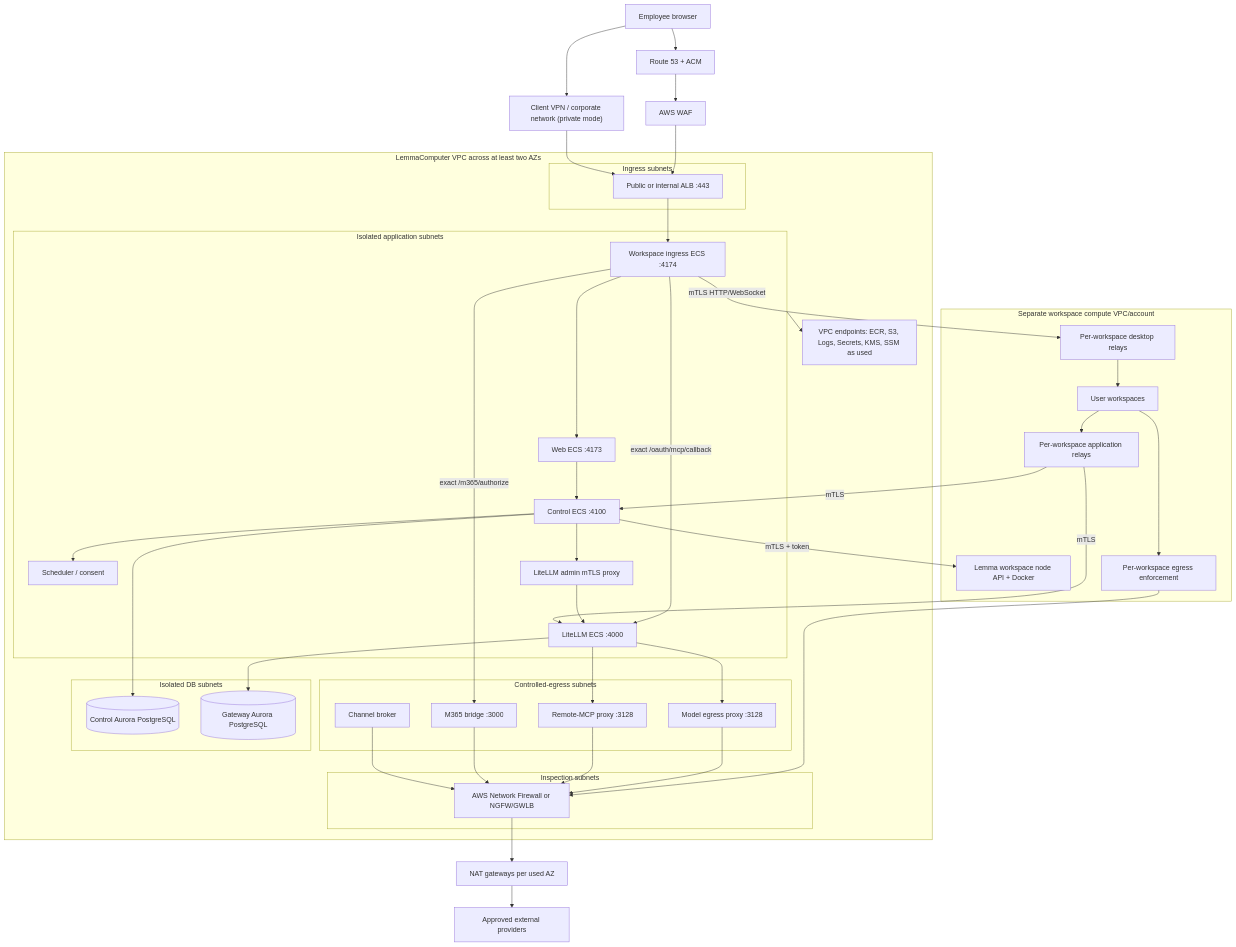
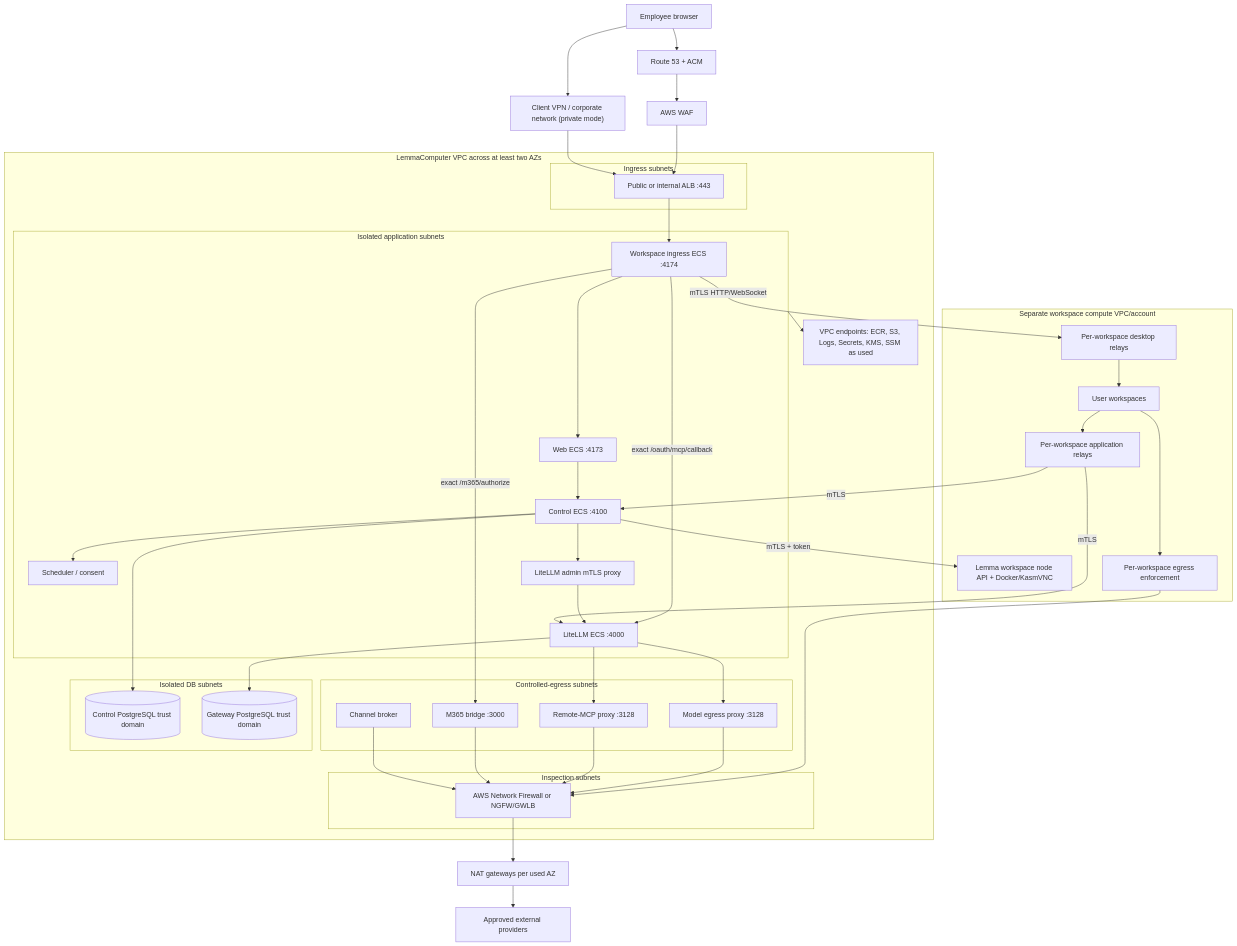
One commit to ONE-Computer/LemmaComputer changed the diagram in docs/guides/deployment/aws-deployment.md. Above: the diagram before and after it, drawn with Mermaid. The commit also changed other lines of this file and 5 other files, not shown here.

````diff
--- a/docs/guides/deployment/aws-deployment.md
+++ b/docs/guides/deployment/aws-deployment.md
@@ -38,74 +42,74 @@
 ```mermaid
 flowchart TB
   User["Employee browser"]
   VPN["Client VPN / corporate network (private mode)"]
   DNS["Route 53 + ACM"]
   WAF["AWS WAF"]
   ALB["Public or internal ALB :443"]
 
   subgraph VPC["LemmaComputer VPC across at least two AZs"]
     subgraph IngressSubnets["Ingress subnets"]
       ALB
     end
 
     subgraph AppSubnets["Isolated application subnets"]
       Ingress["Workspace ingress ECS :4174"]
       Web["Web ECS :4173"]
       Control["Control ECS :4100"]
       Workers["Scheduler / consent"]
       LiteLLM["LiteLLM ECS :4000"]
       AdminProxy["LiteLLM admin mTLS proxy"]
     end
 
     subgraph EgressSubnets["Controlled-egress subnets"]
       ModelProxy["Model egress proxy :3128"]
       McpProxy["Remote-MCP proxy :3128"]
       M365["M365 bridge :3000"]
       Channel["Channel broker"]
     end
 
     subgraph DbSubnets["Isolated DB subnets"]
-      ControlDB[("Control Aurora PostgreSQL")]
-      GatewayDB[("Gateway Aurora PostgreSQL")]
+      ControlDB[("Control PostgreSQL trust domain")]
+      GatewayDB[("Gateway PostgreSQL trust domain")]
     end
 
     subgraph InspectionSubnets["Inspection subnets"]
       Firewall["AWS Network Firewall or NGFW/GWLB"]
     end
 
     Endpoints["VPC endpoints: ECR, S3, Logs, Secrets, KMS, SSM as used"]
   end
 
   subgraph WorkspaceBoundary["Separate workspace compute VPC/account"]
-    Kasm["Lemma workspace node API + Docker"]
+    Kasm["Lemma workspace node API + Docker/KasmVNC"]
     DesktopRelay["Per-workspace desktop relays"]
     AppRelays["Per-workspace application relays"]
     WorkspaceProxy["Per-workspace egress enforcement"]
     Sandboxes["User workspaces"]
   end
 
   NAT["NAT gateways per used AZ"]
   Internet["Approved external providers"]
 
   User --> DNS --> WAF --> ALB --> Ingress
   User --> VPN --> ALB
   Ingress --> Web --> Control
   Ingress -->|"exact /oauth/mcp/callback"| LiteLLM
   Ingress -->|"exact /m365/authorize"| M365
   Control --> ControlDB
   LiteLLM --> GatewayDB
   Control --> AdminProxy --> LiteLLM
   Control --> Workers
   Control -->|"mTLS + token"| Kasm
   Ingress -->|"mTLS HTTP/WebSocket"| DesktopRelay --> Sandboxes
   Sandboxes --> AppRelays
   AppRelays -->|"mTLS"| Control
   AppRelays -->|"mTLS"| LiteLLM
   Sandboxes --> WorkspaceProxy --> Firewall
   LiteLLM --> ModelProxy --> Firewall
   LiteLLM --> McpProxy --> Firewall
   M365 --> Firewall
   Channel --> Firewall
   Firewall --> NAT --> Internet
   AppSubnets --> Endpoints
 ```
````
